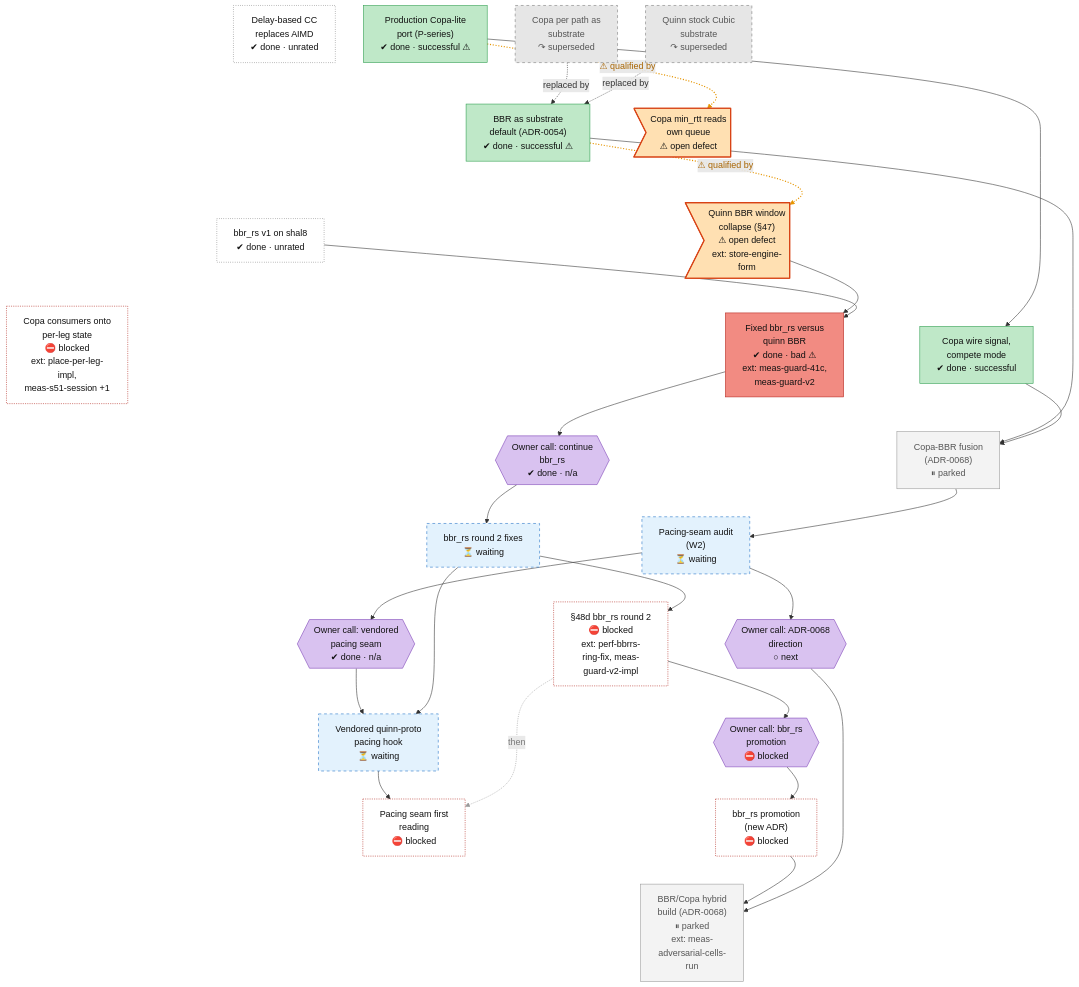
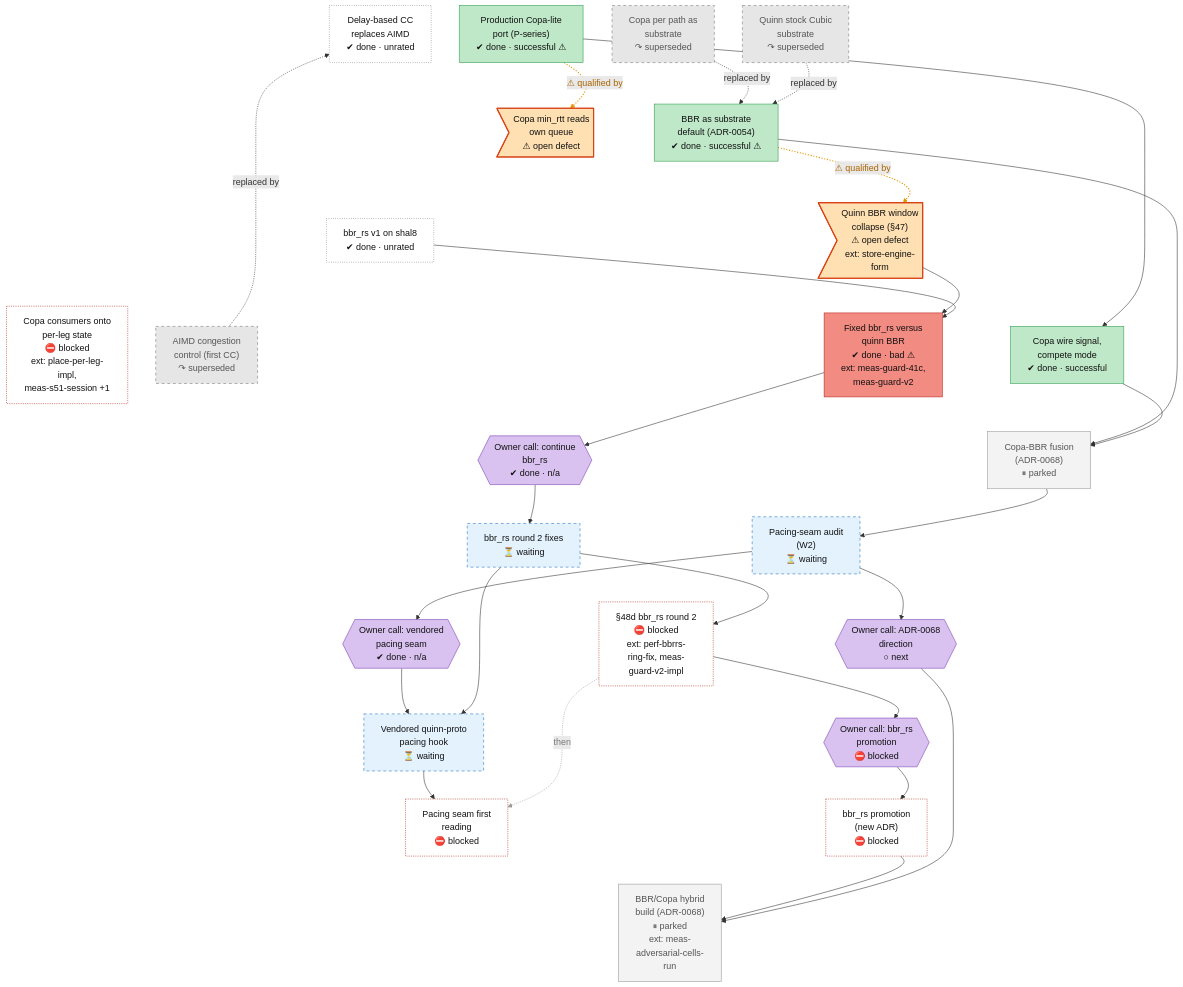
Before and after one commit to lhns/raptorpath: the diagram in docs/roadmap/tracks/cc.md, drawn with Mermaid. The commit also changed other lines of this file and 13 other files, not shown here.

Commit message:
roadmap: group missing history into nodes (ADR evidence, 22 new nodes, state fixes); rerun audit

```diff
--- a/docs/roadmap/tracks/cc.md
+++ b/docs/roadmap/tracks/cc.md
@@ -32,6 +32,7 @@
     cc_copa_consumers["Copa consumers onto<br/>per-leg state<br/>⛔ blocked<br/>ext: place-per-leg-<br/>impl,<br/>meas-s51-session +1"]
     cc_bbrrs_promote["bbr_rs promotion<br/>(new ADR)<br/>⛔ blocked"]
     cc_hybrid["BBR/Copa hybrid<br/>build (ADR-0068)<br/>⏸ parked<br/>ext: meas-<br/>adversarial-cells-<br/>run"]
+    cc_aimd_v1["AIMD congestion<br/>control (first CC)<br/>↷ superseded"]
     cc_early_delay_cc ~~~ cc_bbr_default
     cc_early_delay_cc ~~~ cc_bbrrs_v1
     cc_early_delay_cc ~~~ cc_quinn_bbr_collapse
@@ -49,19 +50,25 @@
     cc_cubic_substrate ~~~ cc_quinn_bbr_collapse
     cc_cubic_substrate ~~~ cc_defect_copa_minrtt
     cc_bbr_default ~~~ cc_copa_consumers
+    cc_bbr_default ~~~ cc_aimd_v1
     cc_bbr_default ~~~ cc_copa_wire_signal
     cc_bbr_default ~~~ cc_bbrrs_r1
     cc_bbrrs_v1 ~~~ cc_copa_consumers
+    cc_bbrrs_v1 ~~~ cc_aimd_v1
     cc_bbrrs_v1 ~~~ cc_copa_wire_signal
     cc_bbrrs_v1 ~~~ cc_bbrrs_r1
     cc_quinn_bbr_collapse ~~~ cc_copa_consumers
+    cc_quinn_bbr_collapse ~~~ cc_aimd_v1
     cc_quinn_bbr_collapse ~~~ cc_copa_wire_signal
     cc_quinn_bbr_collapse ~~~ cc_bbrrs_r1
     cc_defect_copa_minrtt ~~~ cc_copa_consumers
+    cc_defect_copa_minrtt ~~~ cc_aimd_v1
     cc_defect_copa_minrtt ~~~ cc_copa_wire_signal
     cc_defect_copa_minrtt ~~~ cc_bbrrs_r1
     cc_copa_consumers ~~~ cc_adr68_fusion
     cc_copa_consumers ~~~ cc_user_continue_bbrrs
+    cc_aimd_v1 ~~~ cc_adr68_fusion
+    cc_aimd_v1 ~~~ cc_user_continue_bbrrs
     cc_copa_wire_signal ~~~ cc_adr68_fusion
     cc_copa_wire_signal ~~~ cc_user_continue_bbrrs
     cc_bbrrs_r1 ~~~ cc_adr68_fusion
@@ -110,9 +117,10 @@
     cc_user_bbrrs_promotion --> cc_bbrrs_promote
     cc_bbrrs_promote --> cc_hybrid
     cc_user_adr68_direction --> cc_hybrid
+    cc_aimd_v1 -.->|replaced by| cc_early_delay_cc
     cc_s48d_session -.->|then| cc_pacing_seam_reading
-    linkStyle 56,60 stroke:#e69500,stroke-width:2px,stroke-dasharray:2 3,color:#a86400
-    linkStyle 78 stroke:#999,stroke-width:1px,color:#777
+    linkStyle 62,66 stroke:#e69500,stroke-width:2px,stroke-dasharray:2 3,color:#a86400
+    linkStyle 85 stroke:#999,stroke-width:1px,color:#777
     classDef vsucc fill:#2e9e4f,stroke:#1b6b34,color:#fff
     classDef succ fill:#bfe8c8,stroke:#2e9e4f,color:#111
     classDef mixed fill:#ffd37a,stroke:#c98a00,color:#111
@@ -128,7 +136,7 @@
     classDef waiting fill:#e3f2fd,stroke:#1f6fc5,stroke-dasharray:5 5,color:#111
     class cc_early_delay_cc,cc_bbrrs_v1 unrated
     class cc_copa_lite,cc_copa_wire_signal,cc_bbr_default succ
-    class cc_copa_sole_substrate,cc_cubic_substrate dead
+    class cc_copa_sole_substrate,cc_cubic_substrate,cc_aimd_v1 dead
     class cc_adr68_fusion,cc_hybrid parked
     class cc_quinn_bbr_collapse,cc_defect_copa_minrtt defect
     class cc_bbrrs_r1 bad
```
